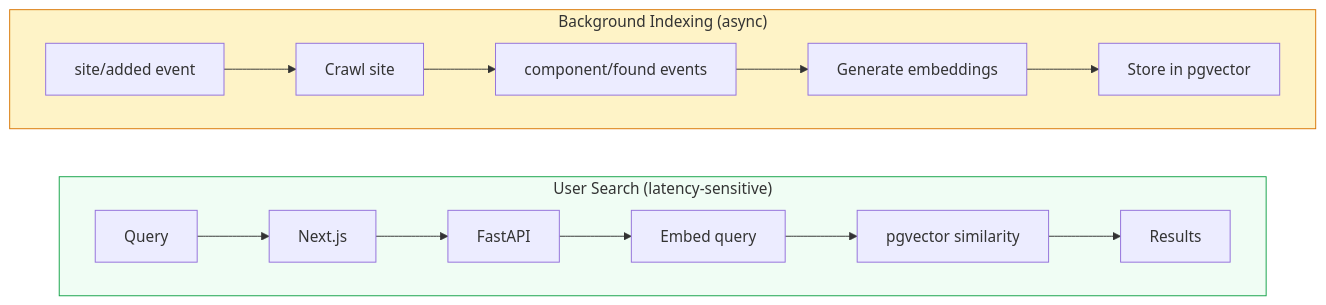
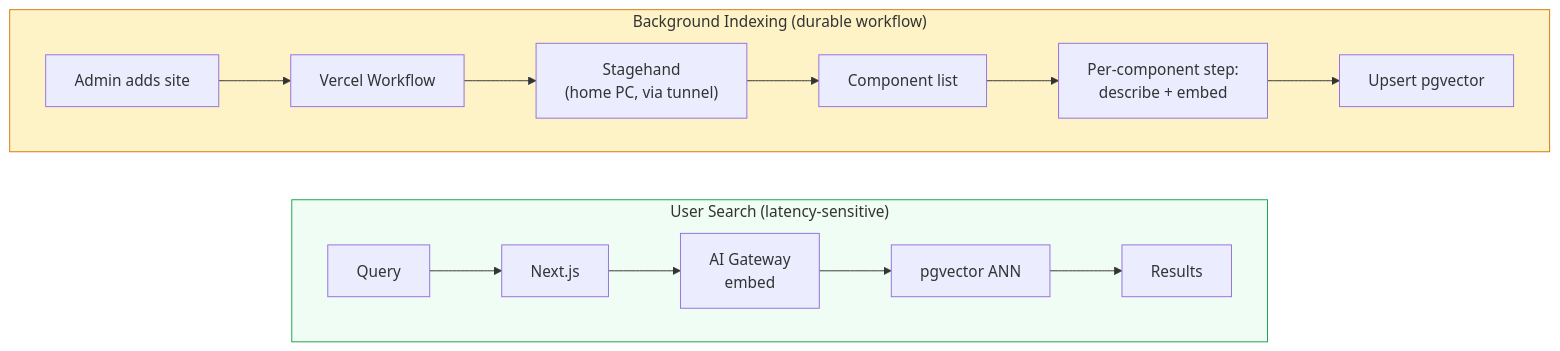
Before and after one commit to jagrat7/Shadpedia: the second of 2 diagrams in README.md, drawn with Mermaid. The commit also changed other lines of this file, not shown here.

Commit message:
update architecture docs to reflect vercel workflows, stagehand crawler, and simplified typescript stack

````diff
--- a/README.md
+++ b/README.md
@@ -107,15 +126,15 @@
 ```mermaid
 graph LR
     subgraph Search["User Search (latency-sensitive)"]
         direction LR
-        Q["Query"] --> NS["Next.js"] --> FA["FastAPI"] --> E["Embed query"] --> PG["pgvector similarity"] --> R["Results"]
+        Q["Query"] --> NS["Next.js"] --> EG["AI Gateway<br/>embed"] --> PG["pgvector ANN"] --> R["Results"]
     end
 
-    subgraph Ingest["Background Indexing (async)"]
+    subgraph Ingest["Background Indexing (durable workflow)"]
         direction LR
-        SA["site/added event"] --> CR["Crawl site"] --> CF["component/found events"] --> EM["Generate embeddings"] --> ST["Store in pgvector"]
+        A["Admin adds site"] --> W["Vercel Workflow"] --> SH["Stagehand<br/>(home PC, via tunnel)"] --> CL["Component list"] --> PS["Per-component step:<br/>describe + embed"] --> ST["Upsert pgvector"]
     end
 
     style Search fill:#f0fdf4,stroke:#16a34a
     style Ingest fill:#fef3c7,stroke:#d97706
 ```
````
